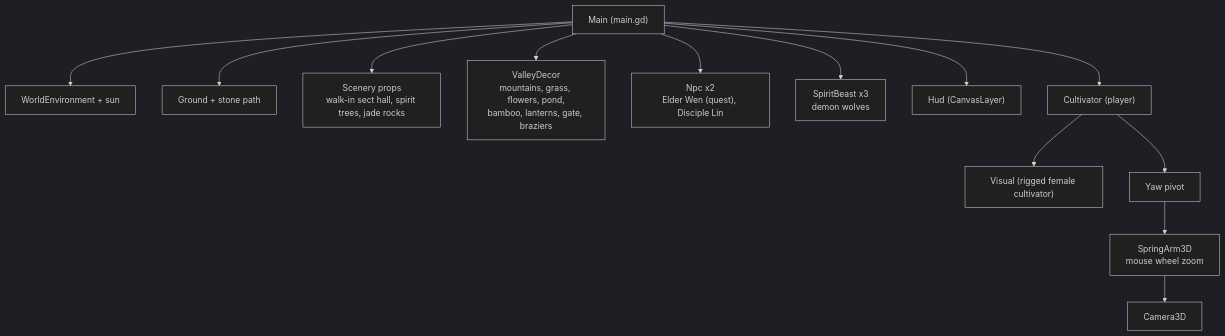
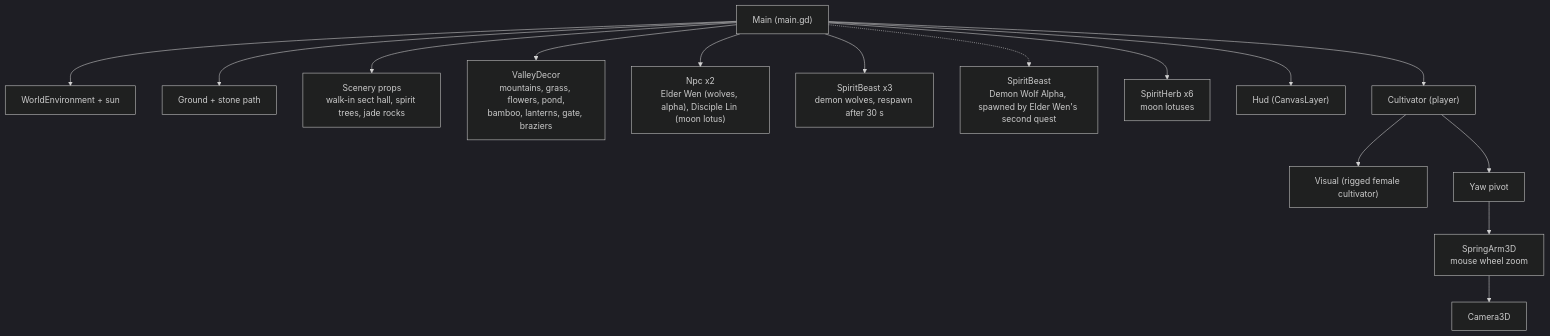
Before and after one commit to jgyy/trixian: the first of 13 diagrams in docs/architecture.md, drawn with Mermaid (dark theme). The commit also changed other lines of this file and 32 other files, not shown here.

````diff
--- a/docs/architecture.md
+++ b/docs/architecture.md
@@ -11,15 +11,17 @@
 ```mermaid
 flowchart TD
     main["Main (main.gd)"] --> world["WorldEnvironment + sun"]
     main --> ground["Ground + stone path"]
     main --> scenery["Scenery props<br/>walk-in sect hall, spirit trees, jade rocks"]
     main --> decor["ValleyDecor<br/>mountains, grass, flowers, pond,<br/>bamboo, lanterns, gate, braziers"]
-    main --> npcs["Npc x2<br/>Elder Wen (quest), Disciple Lin"]
-    main --> beasts["SpiritBeast x3<br/>demon wolves"]
+    main --> npcs["Npc x2<br/>Elder Wen (wolves, alpha), Disciple Lin (moon lotus)"]
+    main --> beasts["SpiritBeast x3<br/>demon wolves, respawn after 30 s"]
+    main -.-> alpha["SpiritBeast<br/>Demon Wolf Alpha, spawned by Elder Wen's second quest"]
+    main --> herbs["SpiritHerb x6<br/>moon lotuses"]
     main --> hud["Hud (CanvasLayer)"]
     main --> player["Cultivator (player)"]
     player --> visual["Visual (rigged female cultivator)"]
     player --> pivot["Yaw pivot"]
     pivot --> arm["SpringArm3D<br/>mouse wheel zoom"]
     arm --> cam["Camera3D"]
 ```
````
